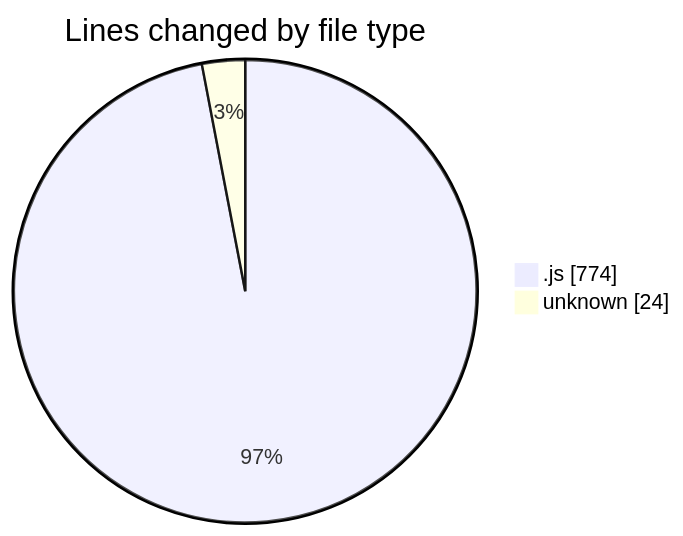
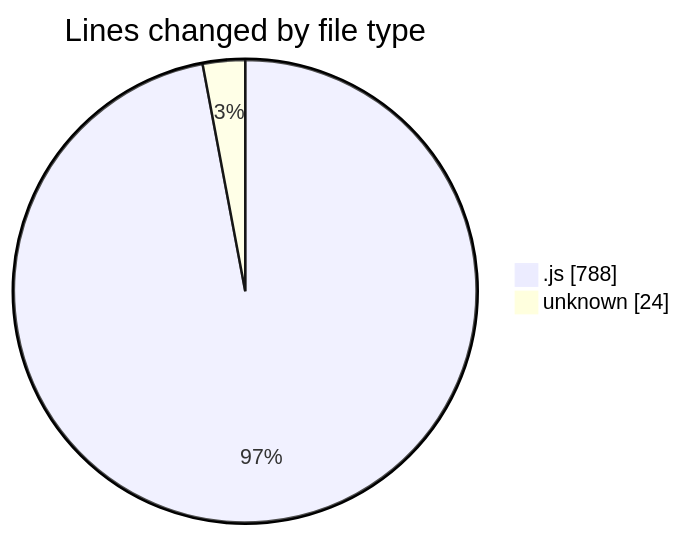
Before and after one commit to momahboobian/code-tracking: the first of 2 diagrams in 2025-02-03/cda/README.md, drawn with Mermaid. The commit also changed other lines of this file and 1 other file, not shown here.

````diff
--- a/2025-02-03/cda/README.md
+++ b/2025-02-03/cda/README.md
@@ -24,6 +24,6 @@
 ```mermaid
 pie showData
 title Lines changed by file type
-".js" : 774
+".js" : 788
 "unknown" : 24
 ```
````
